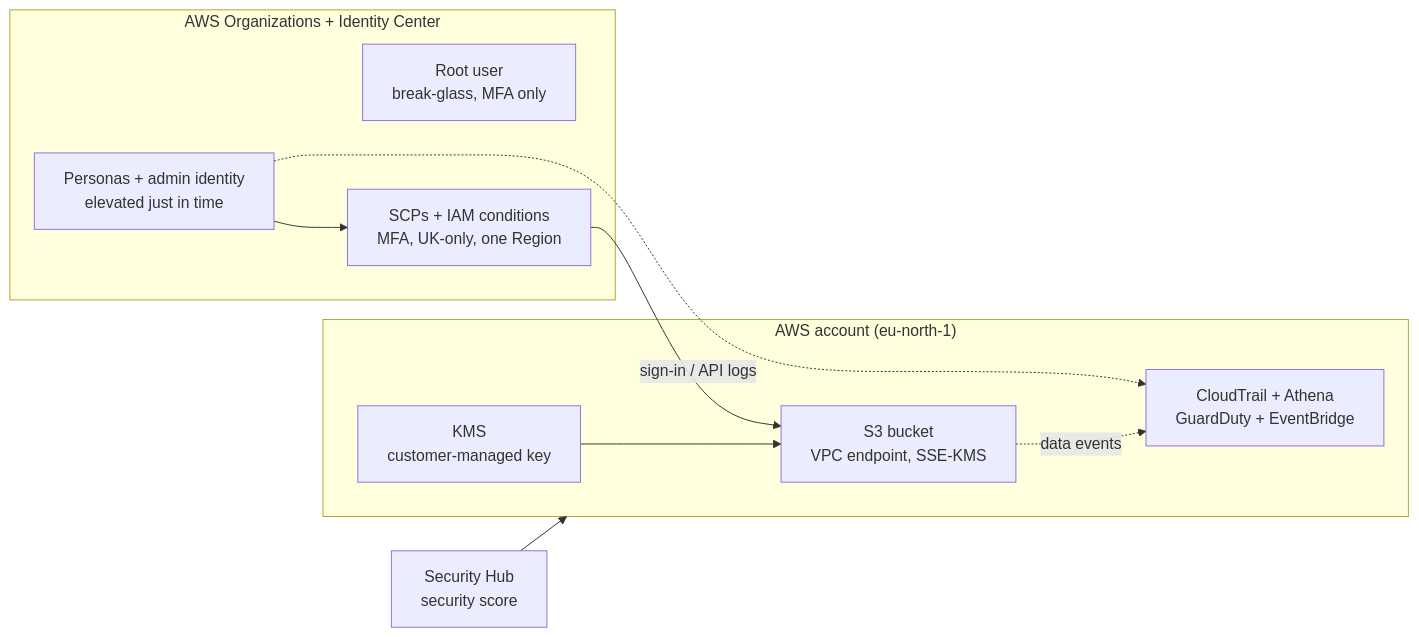
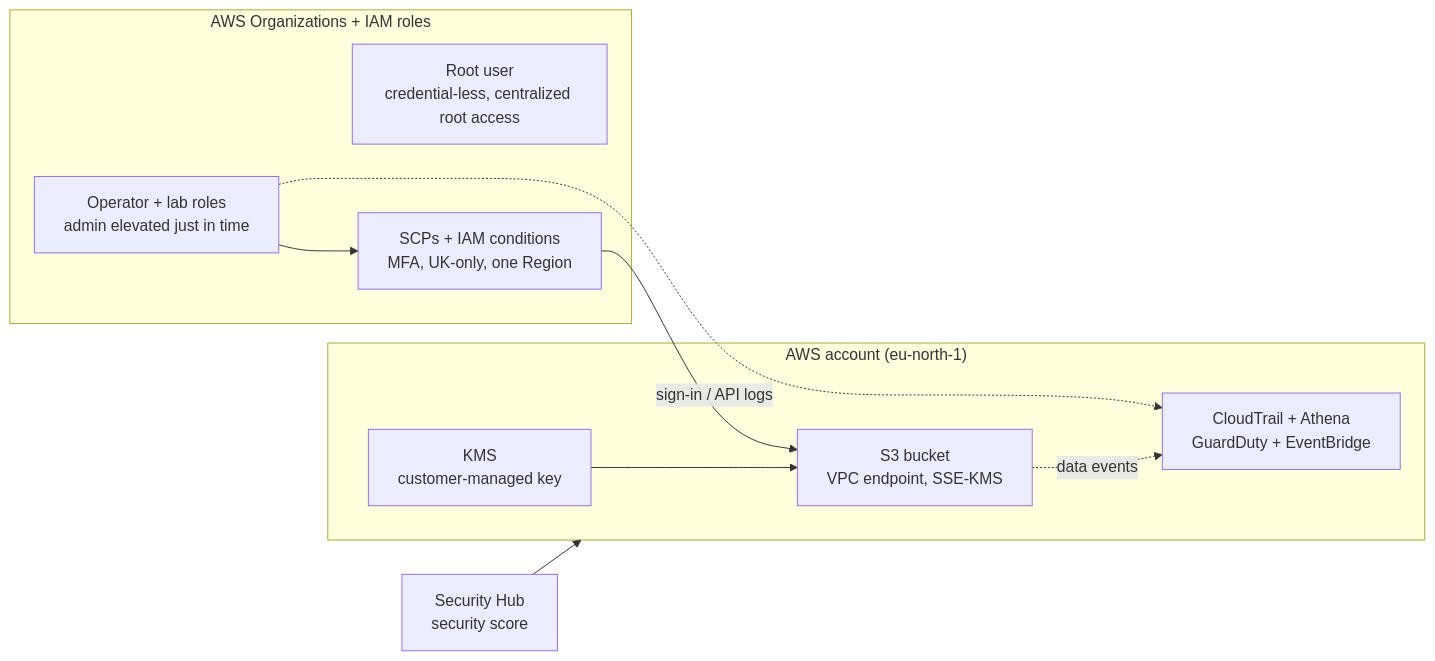
Before and after one commit to Amitdeb00731/cloud-iam-lab-aws: the diagram in README.md, drawn with Mermaid. The commit also changed other lines of this file and 19 other files, not shown here.

````diff
--- a/README.md
+++ b/README.md
@@ -39,18 +40,18 @@
 ```mermaid
 flowchart LR
-  subgraph ORG["AWS Organizations + Identity Center"]
-    P["Personas + admin identity<br/>elevated just in time"]
-    ROOT["Root user<br/>break-glass, MFA only"]
+  subgraph ORG["AWS Organizations + IAM roles"]
+    P["Operator + lab roles<br/>admin elevated just in time"]
+    ROOT["Root user<br/>credential-less, centralized root access"]
     SCP["SCPs + IAM conditions<br/>MFA, UK-only, one Region"]
   end
   subgraph ACCT["AWS account (eu-north-1)"]
     S3["S3 bucket<br/>VPC endpoint, SSE-KMS"]
     KMS["KMS<br/>customer-managed key"]
     CT["CloudTrail + Athena<br/>GuardDuty + EventBridge"]
   end
   P --> SCP --> S3
   KMS --> S3
   P -. "sign-in / API logs" .-> CT
   S3 -. "data events" .-> CT
   SH["Security Hub<br/>security score"] --> ACCT
 ```
````
